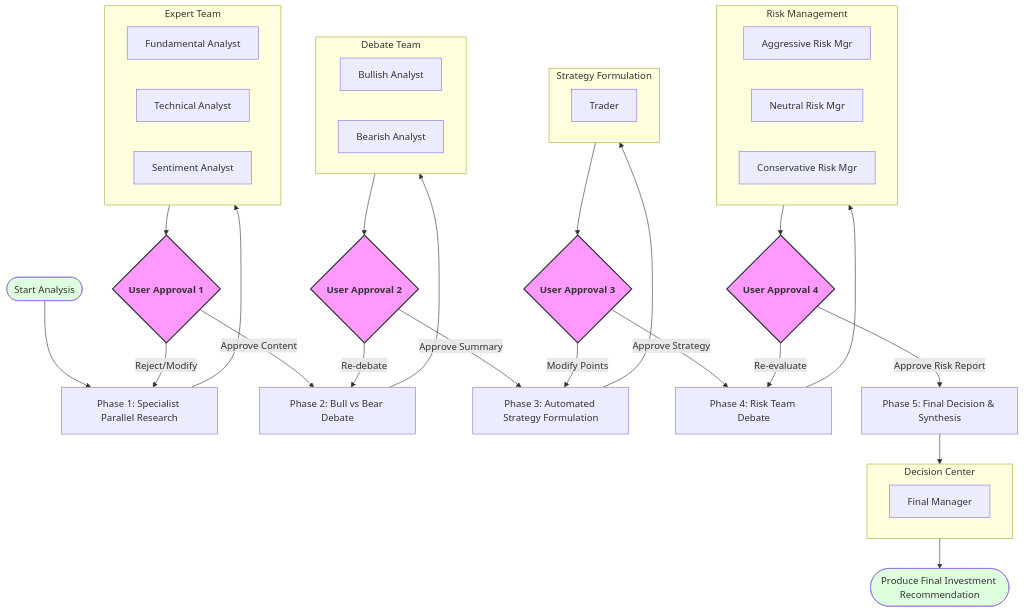
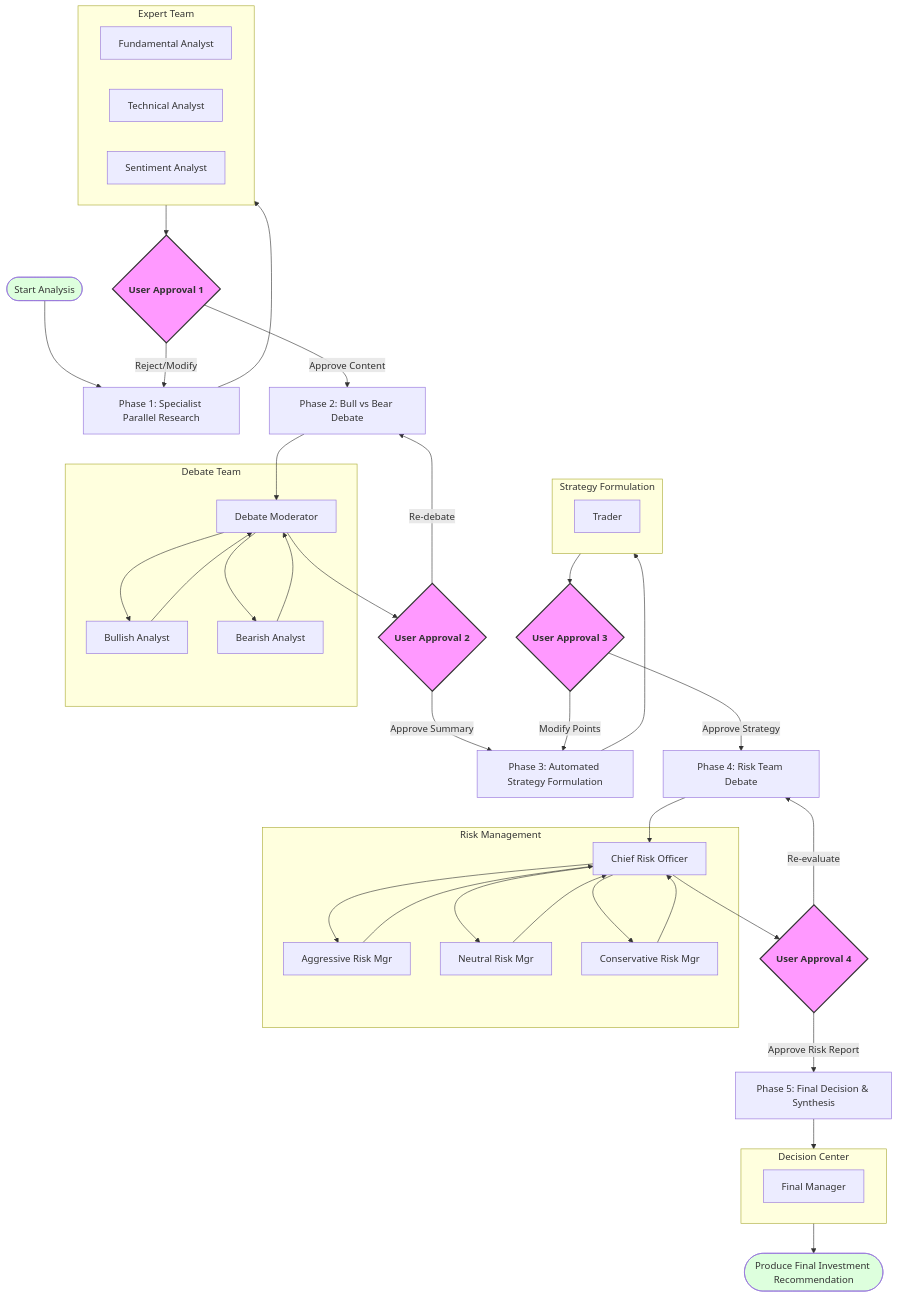
One commit to jeffreychuuu/stock_analysis_agentic_agents changed the diagram in README.md. Above: the diagram before and after it, drawn with Mermaid. The commit also changed other lines of this file, not shown here.

````diff
--- a/README.md
+++ b/README.md
@@ -12,63 +12,69 @@
 ```mermaid
 graph TD
     Start([Start Analysis]) --> Phase1[Phase 1: Specialist Parallel Research]
 
     subgraph P1 [Expert Team]
         FA[Fundamental Analyst]
         TA[Technical Analyst]
         SA[Sentiment Analyst]
     end
 
     Phase1 --> P1
     P1 --> User1{<b>User Approval 1</b>}
 
     User1 -- Reject/Modify --> Phase1
     User1 -- Approve Content --> Phase2[Phase 2: Bull vs Bear Debate]
 
     subgraph P2 [Debate Team]
+        DM[Debate Moderator]
         Bull[Bullish Analyst]
         Bear[Bearish Analyst]
     end
 
-    Phase2 --> P2
-    P2 --> User2{<b>User Approval 2</b>}
+    Phase2 --> DM
+    DM --> Bull & Bear
+    Bull & Bear --> DM
+    DM --> User2{<b>User Approval 2</b>}
 
     User2 -- Re-debate --> Phase2
     User2 -- Approve Summary --> Phase3[Phase 3: Automated Strategy Formulation]
 
     subgraph P3 [Strategy Formulation]
         Trader[Trader]
     end
 
     Phase3 --> P3
     P3 --> User3{<b>User Approval 3</b>}
 
     User3 -- Modify Points --> Phase3
     User3 -- Approve Strategy --> Phase4[Phase 4: Risk Team Debate]
 
     subgraph P4 [Risk Management]
+        CRO[Chief Risk Officer]
         ARM[Aggressive Risk Mgr]
         NRM[Neutral Risk Mgr]
         CRM[Conservative Risk Mgr]
     end
 
-    Phase4 --> P4
-    P4 --> User4{<b>User Approval 4</b>}
+    Phase4 --> CRO
+    CRO --> ARM & NRM & CRM
+    ARM & NRM & CRM --> CRO
+    CRO --> User4{<b>User Approval 4</b>}
 
     User4 -- Re-evaluate --> Phase4
     User4 -- Approve Risk Report --> Phase5[Phase 5: Final Decision & Synthesis]
 
     subgraph P5 [Decision Center]
         FM[Final Manager]
     end
 
     Phase5 --> P5
     P5 --> Output([Produce Final Investment Recommendation])
 
     style User1 fill:#f9f,stroke:#333,stroke-width:2px
     style User2 fill:#f9f,stroke:#333,stroke-width:2px
     style User3 fill:#f9f,stroke:#333,stroke-width:2px
     style User4 fill:#f9f,stroke:#333,stroke-width:2px
     style Start fill:#dfd
     style Output fill:#dfd
 ```
````
